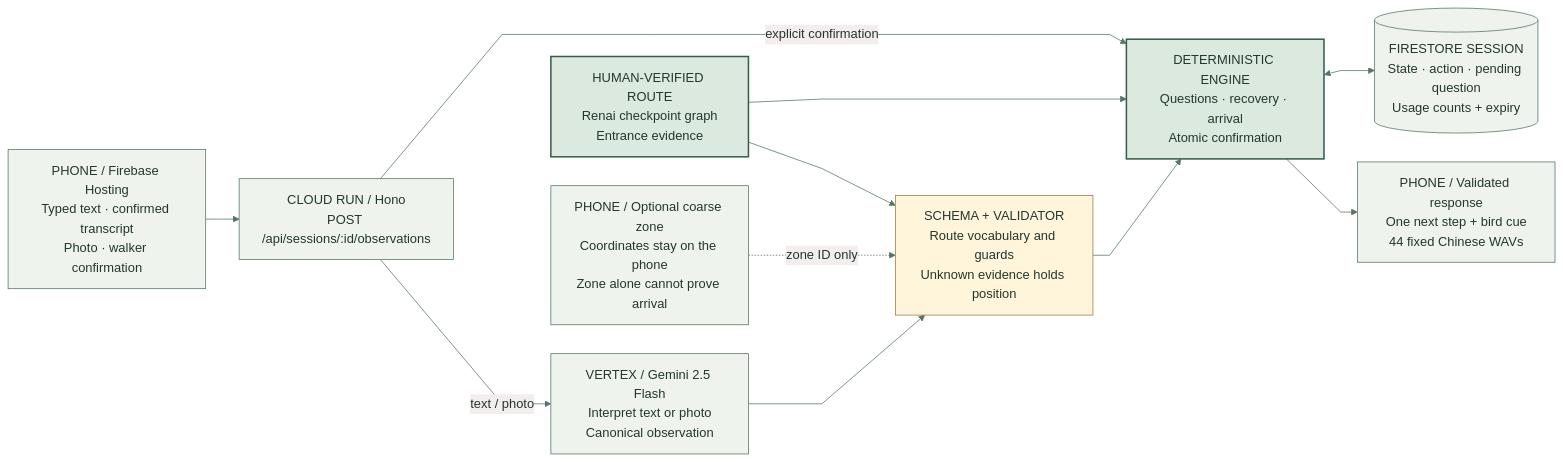
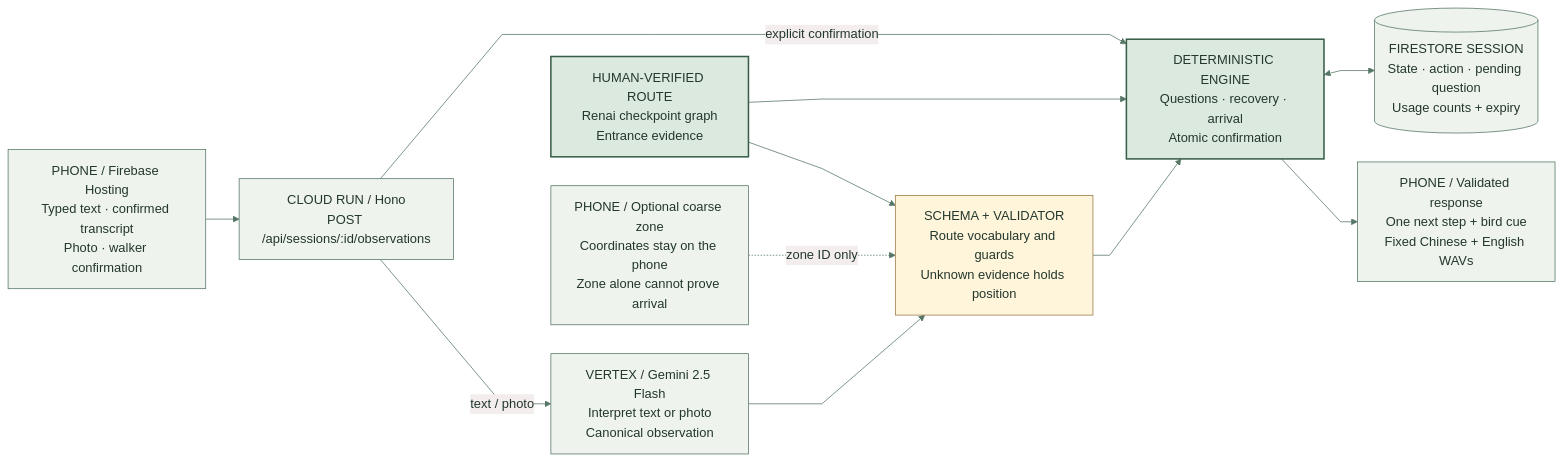
One commit to Crystal32378/Nightingale-Walk-with-Me changed the diagram in docs/architecture/nightingale-overview.mmd. Above: the diagram before and after it, drawn with Mermaid. The commit also changed 37 other files, not shown here.

Commit message:
Publish bilingual preview evidence and updated architecture

```diff
--- a/docs/architecture/nightingale-overview.mmd
+++ b/docs/architecture/nightingale-overview.mmd
@@ -1,42 +1,42 @@
 ---
 config:
   theme: base
   themeVariables:
     fontFamily: Arial
     fontSize: 17px
     primaryColor: '#eef3ed'
     primaryTextColor: '#23372d'
     primaryBorderColor: '#557565'
     lineColor: '#557565'
   flowchart:
     curve: linear
     nodeSpacing: 38
     rankSpacing: 44
     htmlLabels: true
 ---
 flowchart LR
   accTitle: Nightingale — AI interprets. Verified data decides.
   accDescr: Explicit user observations reach a deterministic route engine. Human-verified route data and validation determine progress. Session state is persisted; the phone presents bounded text, bird cues and accepted fixed speech. Audio transcription is a separate editable-draft flow.
 
   Input["PHONE / Firebase Hosting<br/>Typed text · confirmed transcript<br/>Photo · walker confirmation"]
   API["CLOUD RUN / Hono<br/>POST /api/sessions/:id/observations"]
   AI["VERTEX / Gemini 2.5 Flash<br/>Interpret text or photo<br/>Canonical observation"]
   Gate["SCHEMA + VALIDATOR<br/>Route vocabulary and guards<br/>Unknown evidence holds position"]
   Engine["DETERMINISTIC ENGINE<br/>Questions · recovery · arrival<br/>Atomic confirmation"]
-  Output["PHONE / Validated response<br/>One next step + bird cue<br/>44 fixed Chinese WAVs"]
+  Output["PHONE / Validated response<br/>One next step + bird cue<br/>Fixed Chinese + English WAVs"]
   Truth["HUMAN-VERIFIED ROUTE<br/>Renai checkpoint graph<br/>Entrance evidence"]
   Store[("FIRESTORE SESSION<br/>State · action · pending question<br/>Usage counts + expiry")]
   Zone["PHONE / Optional coarse zone<br/>Coordinates stay on the phone<br/>Zone alone cannot prove arrival"]
 
   Input --> API
   API -->|"text / photo"| AI --> Gate --> Engine --> Output
   API -->|"explicit confirmation"| Engine
   Truth --> Gate
   Truth --> Engine
   Zone -.->|"zone ID only"| Gate
   Engine <--> Store
 
   classDef truth fill:#dce9df,stroke:#355d47,stroke-width:2px
   classDef gate fill:#fff5db,stroke:#9a7840
   class Truth,Engine truth
   class Gate gate
```
